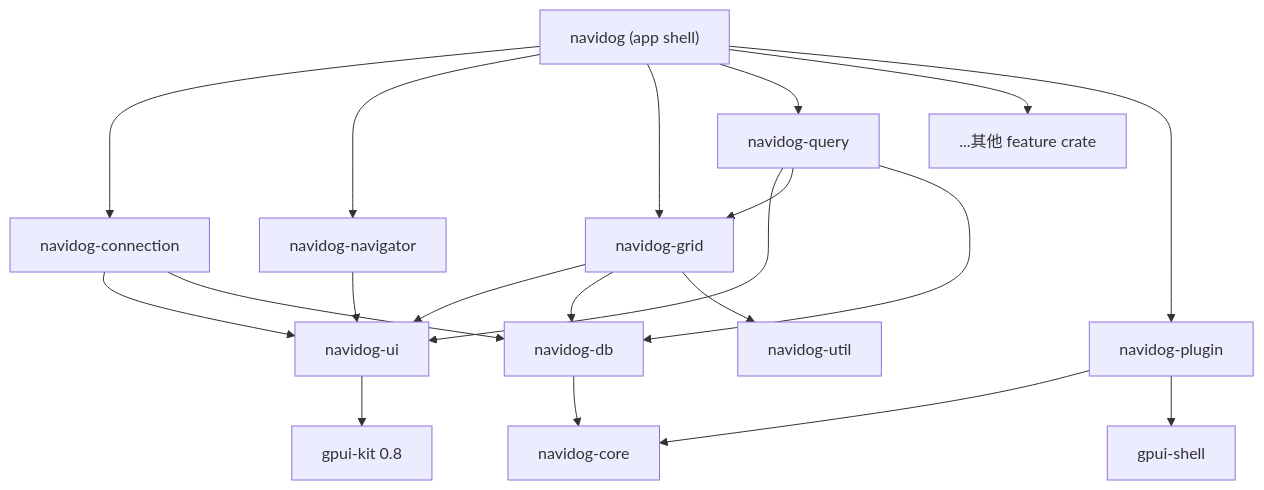
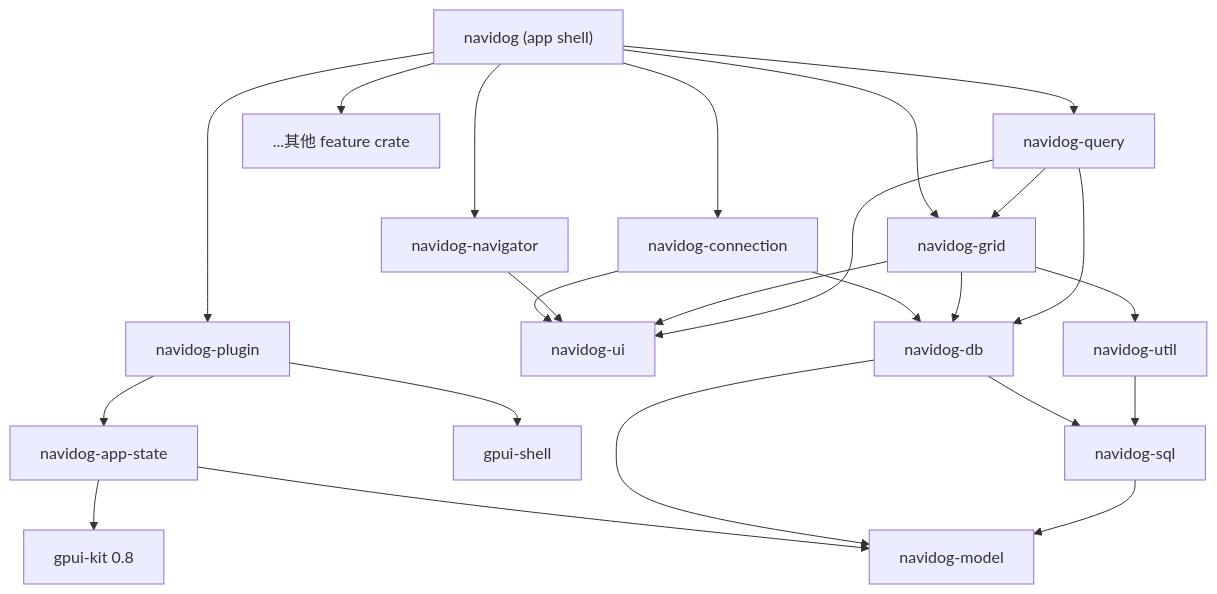
One commit to xhofe/navidog changed the first of 2 diagrams in docs/design/00-overview.md. Above: the diagram before and after it, drawn with Mermaid. The commit also changed other lines of this file and 201 other files, not shown here.

````diff
--- a/docs/design/00-overview.md
+++ b/docs/design/00-overview.md
@@ -89,22 +89,26 @@
 ```mermaid
 flowchart TD
   shell["navidog (app shell)"] --> featConn[navidog-connection]
   shell --> featNav[navidog-navigator]
   shell --> featGrid[navidog-grid]
   shell --> featQuery[navidog-query]
   shell --> featMore["...其他 feature crate"]
   shell --> plugin[navidog-plugin]
   featConn --> ui[navidog-ui]
   featNav --> ui
   featGrid --> ui
   featQuery --> ui
   featConn --> db[navidog-db]
   featGrid --> db
   featGrid --> util[navidog-util]
   featQuery --> featGrid
   featQuery --> db
-  plugin --> core[navidog-core]
+  plugin --> appState[navidog-app-state]
   plugin --> gpuiShell[gpui-shell]
-  db --> core
-  ui --> kit["gpui-kit 0.8"]
+  appState --> model[navidog-model]
+  db --> model
+  db --> sql[navidog-sql]
+  sql --> model
+  util --> sql
+  appState --> kit["gpui-kit 0.8"]
 ```
````
